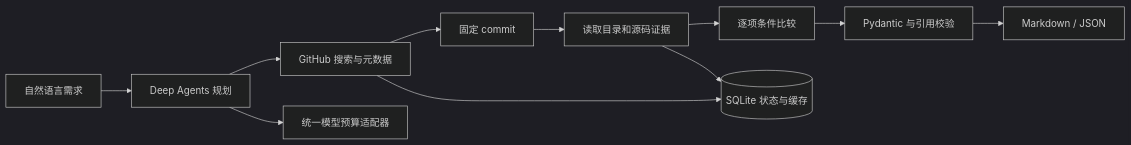
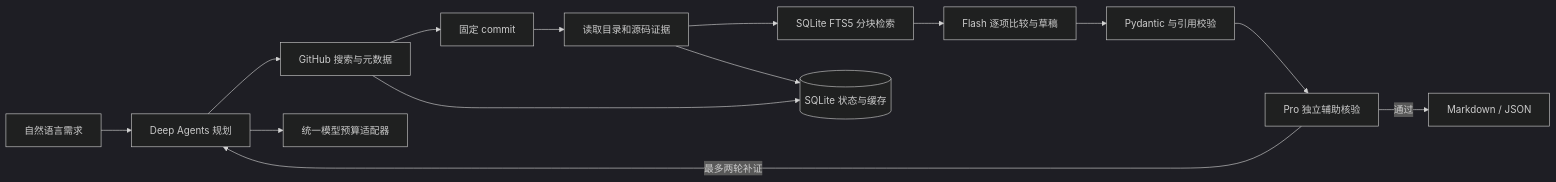
Before and after one commit to carefreelove/RepoScout: the diagram in README.md, drawn with Mermaid (dark theme). The commit also changed other lines of this file and 67 other files, not shown here.

````diff
--- a/README.md
+++ b/README.md
@@ -45,13 +46,16 @@
 ```mermaid
 flowchart LR
     A[自然语言需求] --> B[Deep Agents 规划]
     B --> C[GitHub 搜索与元数据]
     C --> D[固定 commit]
     D --> E[读取目录和源码证据]
-    E --> F[逐项条件比较]
+    E --> K[SQLite FTS5 分块检索]
+    K --> F[Flash 逐项比较与草稿]
     F --> G[Pydantic 与引用校验]
-    G --> H[Markdown / JSON]
+    G --> P[Pro 独立辅助核验]
+    P -->|通过| H[Markdown / JSON]
+    P -->|最多两轮补证| B
     C --> I[(SQLite 状态与缓存)]
     E --> I
     B --> J[统一模型预算适配器]
 ```
````
